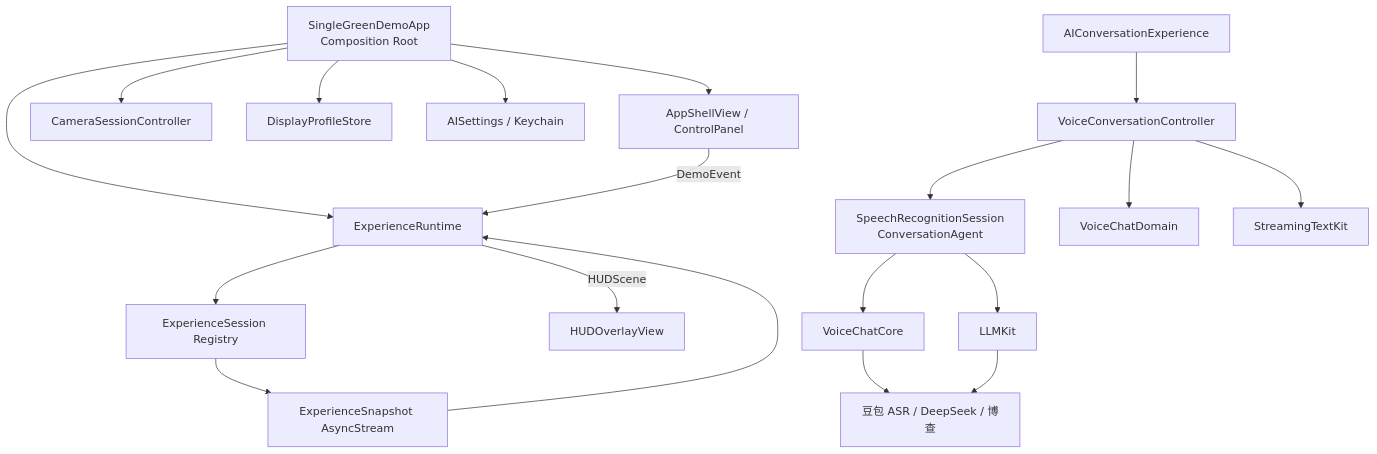
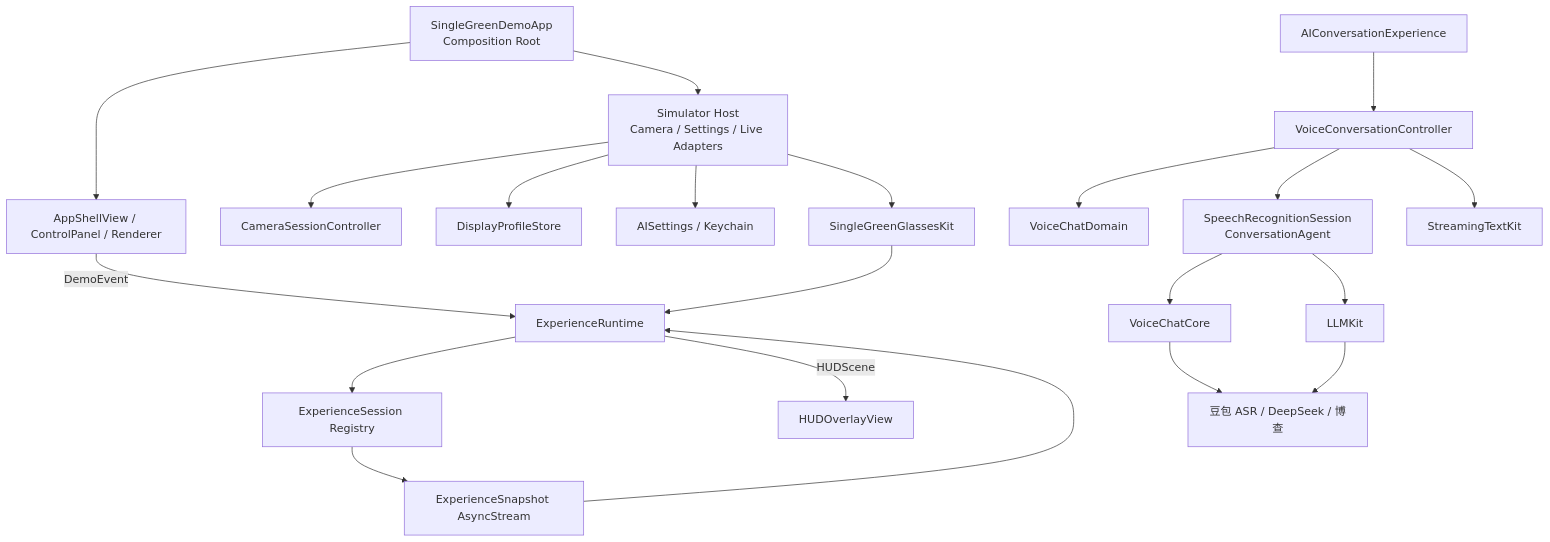
Before and after one commit to lotwhoo/SingleGreenDemo: the diagram in docs/PROJECT_ARCHITECTURE_AND_UPGRADE_REPORT.md, drawn with Mermaid. The commit also changed other lines of this file and 28 other files, not shown here.

````diff
--- a/docs/PROJECT_ARCHITECTURE_AND_UPGRADE_REPORT.md
+++ b/docs/PROJECT_ARCHITECTURE_AND_UPGRADE_REPORT.md
@@ -55,39 +109,43 @@
 ```mermaid
 flowchart TD
     App[SingleGreenDemoApp\nComposition Root]
-    UI[AppShellView / ControlPanel]
+    Host[Simulator Host\nCamera / Settings / Live Adapters]
+    UI[AppShellView / ControlPanel / Renderer]
+    Kit[SingleGreenGlassesKit]
     Camera[CameraSessionController]
     Profile[DisplayProfileStore]
     Settings[AISettings / Keychain]
     Runtime[ExperienceRuntime]
     Sessions[ExperienceSession Registry]
     Snapshot[ExperienceSnapshot AsyncStream]
     Renderer[HUDOverlayView]
     AIExp[AIConversationExperience]
     Controller[VoiceConversationController]
     Ports[SpeechRecognitionSession\nConversationAgent]
     Domain[VoiceChatDomain]
     ASR[VoiceChatCore]
     Agent[LLMKit]
     Streaming[StreamingTextKit]
     Services[豆包 ASR / DeepSeek / 博查]
 
     App --> UI
-    App --> Camera
-    App --> Profile
-    App --> Settings
-    App --> Runtime
+    App --> Host
+    Host --> Camera
+    Host --> Profile
+    Host --> Settings
+    Host --> Kit
+    Kit --> Runtime
     Runtime --> Sessions
     UI -->|DemoEvent| Runtime
     Sessions --> Snapshot
     Snapshot --> Runtime
     Runtime -->|HUDScene| Renderer
     AIExp --> Controller
     Controller --> Domain
     Controller --> Ports
     Controller --> Streaming
     Ports --> ASR
     Ports --> Agent
     ASR --> Services
     Agent --> Services
 ```
````
